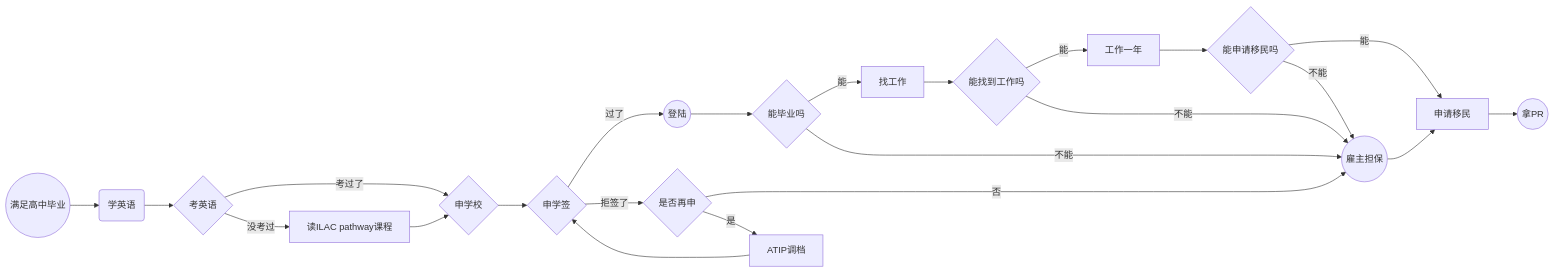
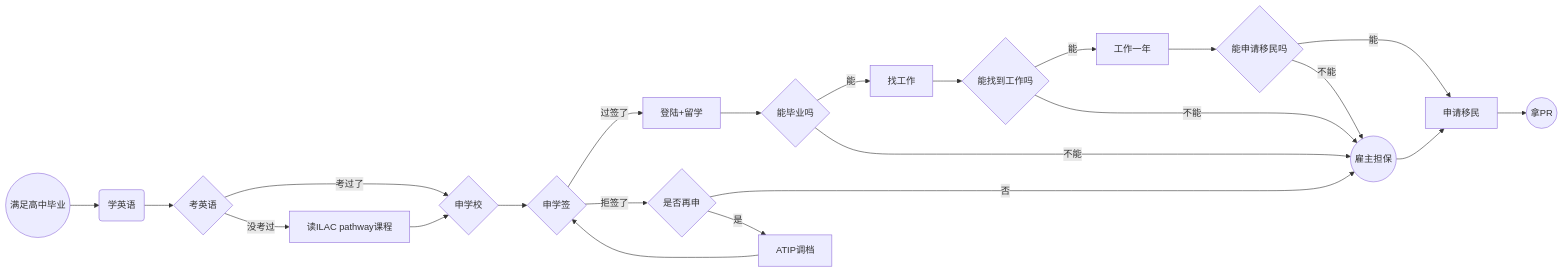
One commit to BruceWind/BruceWind.github.io changed the diagram in md/加拿大移民计划mindflow.md. Above: the diagram before and after it, drawn with Mermaid. The commit also changed other lines of this file, not shown here.

````diff
--- a/md/加拿大移民计划mindflow.md
+++ b/md/加拿大移民计划mindflow.md
@@ -7,26 +7,26 @@
 ```mermaid
 graph LR
 A((满足高中毕业)) -->B(学英语)
     B --> C{考英语}
     C -->|考过了| D{申学校}
     C -->|没考过| E[读ILAC pathway课程]
     E --> D
     D --> F{申学签}
-    F --> |过了| I((登陆))
+    F --> |过签了| I[登陆+留学]
     F --> |拒签了| G{是否再申}
     G --> |否| Y((雇主担保))
     G --> |是| H[ATIP调档]
     H --> F
     I --> J{能毕业吗}
     J --> |能| K[找工作]
     J --> |不能| Y
     K --> L{能找到工作吗}
     L --> |能| M[工作一年]
     L --> |不能| Y
     M --> N{能申请移民吗}
     N --> |能| O[申请移民]
     N --> |不能| Y
     O --> X((拿PR))
     Y --> O
 
 ```
````
